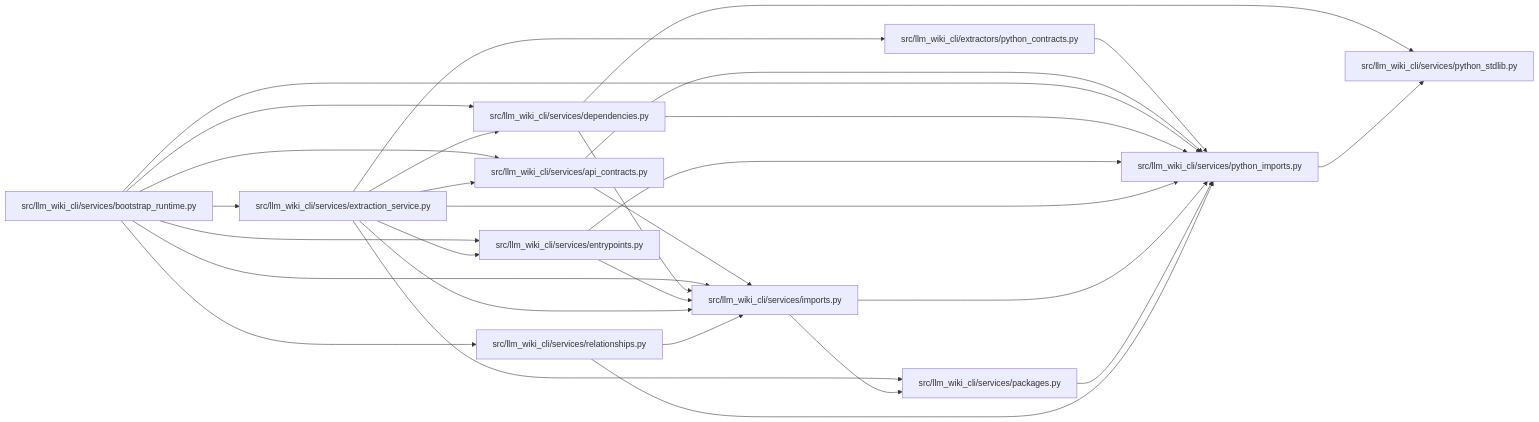
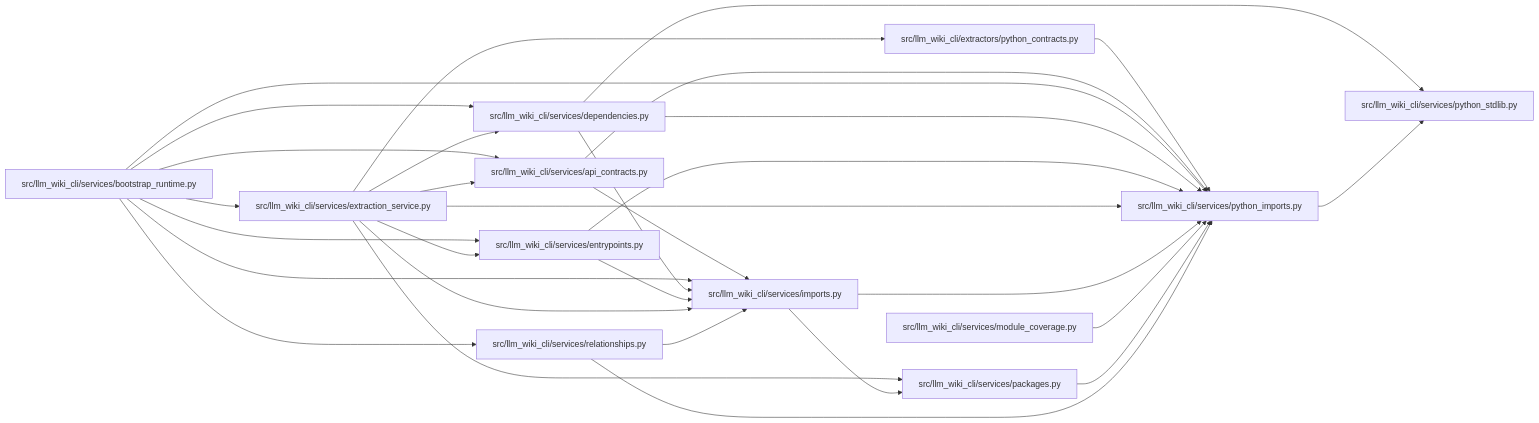
Before and after one commit to Denissvgn/python-wiki-llm: the diagram in docs/llm_wiki/modules/python_imports.md, drawn with Mermaid. The commit also changed other lines of this file and 581 other files, not shown here.

````diff
--- a/docs/llm_wiki/modules/python_imports.md
+++ b/docs/llm_wiki/modules/python_imports.md
@@ -27,53 +27,56 @@
 ```mermaid
 flowchart LR
     n0["src/llm_wiki_cli/extractors/python_contracts.py"]
     n1["src/llm_wiki_cli/services/api_contracts.py"]
     n2["src/llm_wiki_cli/services/bootstrap_runtime.py"]
     n3["src/llm_wiki_cli/services/dependencies.py"]
     n4["src/llm_wiki_cli/services/entrypoints.py"]
     n5["src/llm_wiki_cli/services/extraction_service.py"]
     n6["src/llm_wiki_cli/services/imports.py"]
-    n7["src/llm_wiki_cli/services/packages.py"]
-    n8["src/llm_wiki_cli/services/python_imports.py"]
-    n9["src/llm_wiki_cli/services/python_stdlib.py"]
-    n10["src/llm_wiki_cli/services/relationships.py"]
-    n0 --> n8
+    n7["src/llm_wiki_cli/services/module_coverage.py"]
+    n8["src/llm_wiki_cli/services/packages.py"]
+    n9["src/llm_wiki_cli/services/python_imports.py"]
+    n10["src/llm_wiki_cli/services/python_stdlib.py"]
+    n11["src/llm_wiki_cli/services/relationships.py"]
+    n0 --> n9
     n1 --> n6
-    n1 --> n8
+    n1 --> n9
     n2 --> n1
     n2 --> n3
     n2 --> n4
     n2 --> n5
     n2 --> n6
-    n2 --> n8
-    n2 --> n10
+    n2 --> n9
+    n2 --> n11
     n3 --> n6
-    n3 --> n8
     n3 --> n9
+    n3 --> n10
     n4 --> n6
-    n4 --> n8
+    n4 --> n9
     n5 --> n0
     n5 --> n1
     n5 --> n3
     n5 --> n4
     n5 --> n6
-    n5 --> n7
     n5 --> n8
-    n6 --> n7
+    n5 --> n9
     n6 --> n8
-    n7 --> n8
+    n6 --> n9
+    n7 --> n9
     n8 --> n9
-    n10 --> n6
-    n10 --> n8
+    n9 --> n10
+    n11 --> n6
+    n11 --> n9
     click n0 "../modules/python_contracts.md"
     click n1 "../modules/api_contracts.md"
     click n2 "../modules/bootstrap_runtime.md"
     click n3 "../modules/services_dependencies.md"
     click n4 "../modules/entrypoints.md"
     click n5 "../modules/extraction_service.md"
     click n6 "../modules/imports.md"
-    click n7 "../modules/packages.md"
-    click n8 "../modules/python_imports.md"
-    click n9 "../modules/python_stdlib.md"
-    click n10 "../modules/relationships.md"
+    click n7 "../modules/module_coverage.md"
+    click n8 "../modules/packages.md"
+    click n9 "../modules/python_imports.md"
+    click n10 "../modules/python_stdlib.md"
+    click n11 "../modules/relationships.md"
 ```
````
